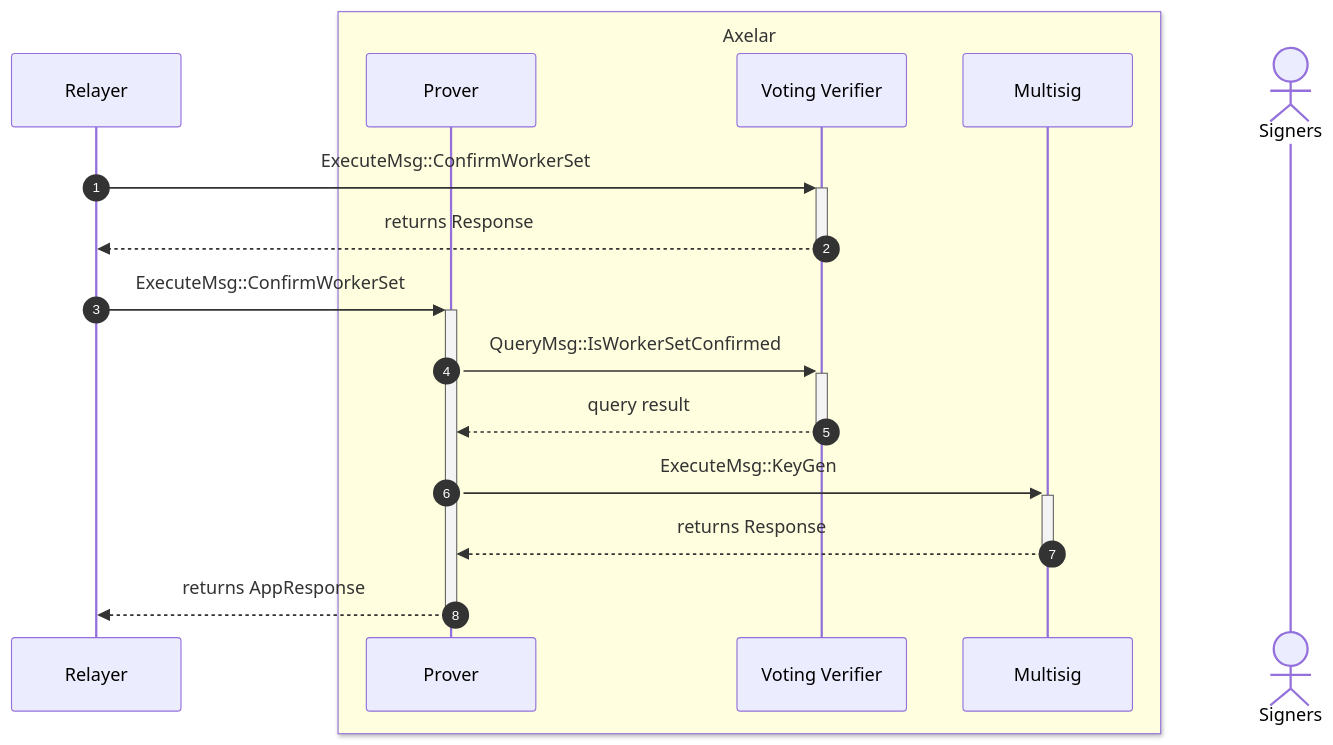
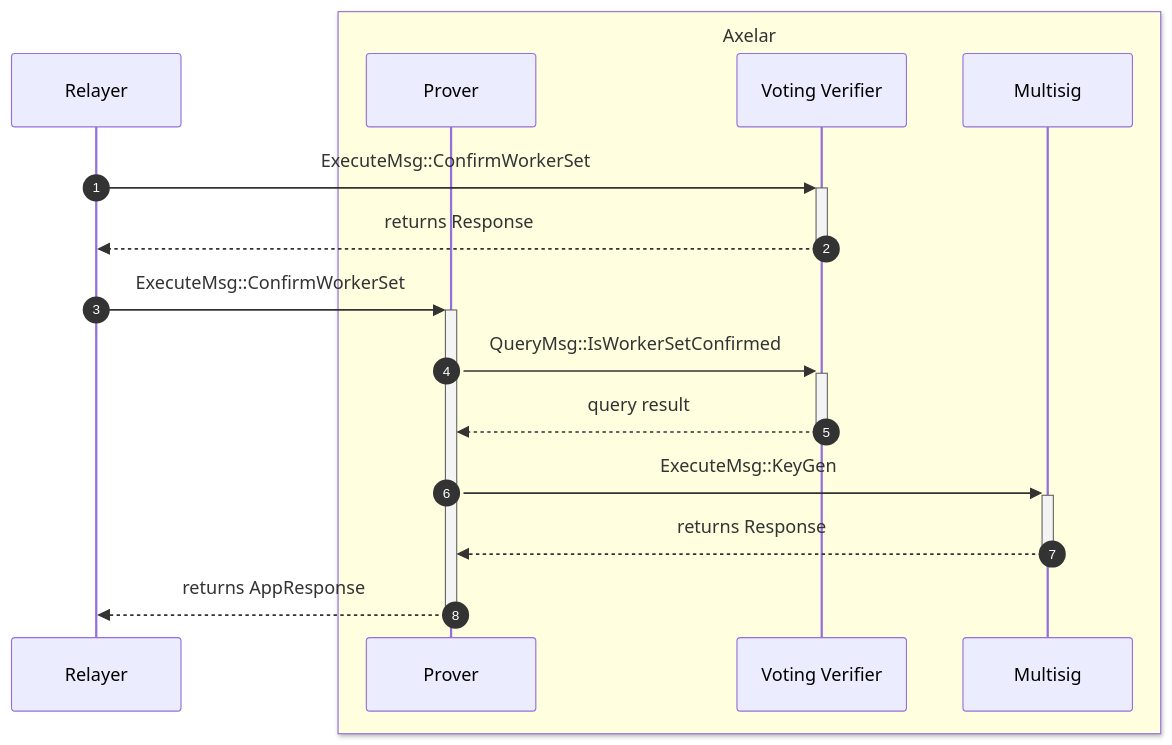
One commit to axelarnetwork/axelar-amplifier changed the fourth of 4 diagrams in doc/src/contracts/multisig_prover.md. Above: the diagram before and after it, drawn with Mermaid. The commit also changed other lines of this file, not shown here.

Commit message:
Create UpdateWorkerSet sequence and fix typos

````diff
--- a/doc/src/contracts/multisig_prover.md
+++ b/doc/src/contracts/multisig_prover.md
@@ -84,20 +137,18 @@
 ```mermaid
 sequenceDiagram
 autonumber
 participant Relayer
 box LightYellow Axelar
 participant Prover
 participant Voting Verifier
 participant Multisig
 end
-actor Signers
-
 Relayer->>+Voting Verifier: ExecuteMsg::ConfirmWorkerSet
 Voting Verifier-->>-Relayer: returns Response
 Relayer->>+Prover: ExecuteMsg::ConfirmWorkerSet
 Prover->>+Voting Verifier:QueryMsg::IsWorkerSetConfirmed
 Voting Verifier-->>-Prover: query result
 Prover->>+Multisig: ExecuteMsg::KeyGen
 Multisig-->>-Prover: returns Response
 Prover-->>-Relayer: returns AppResponse
 ```
````
